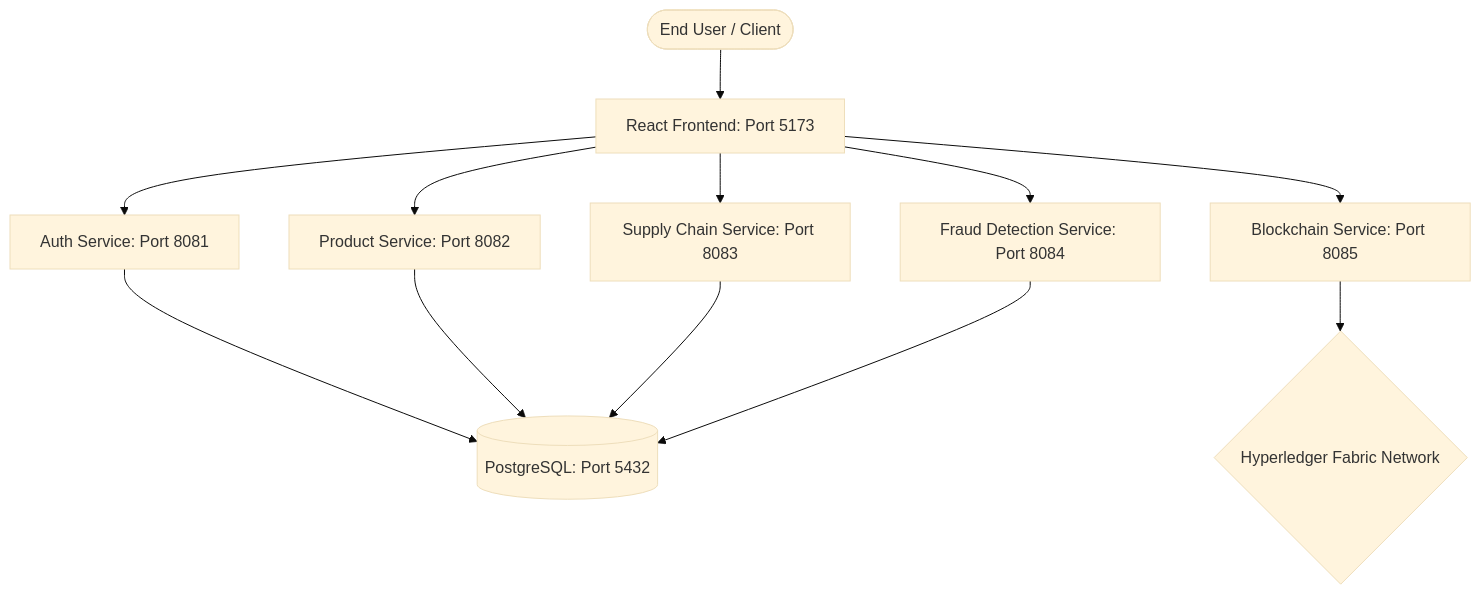
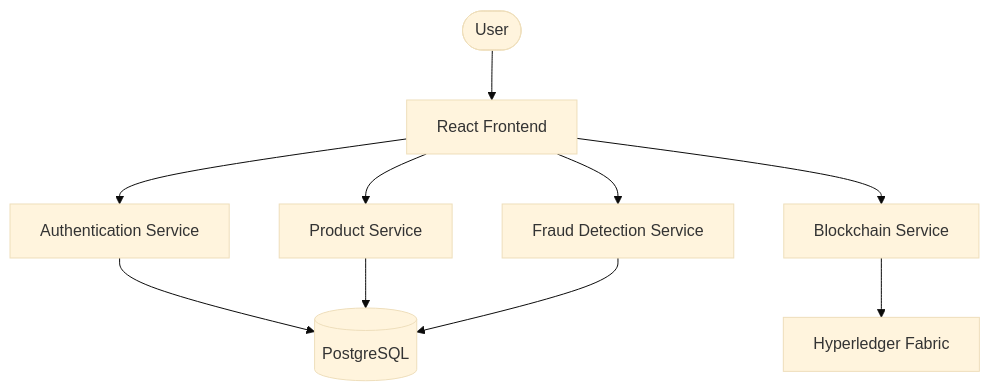
One commit to RishiDargad18/ZeroFake changed the diagram in README.md. Above: the diagram before and after it, drawn with Mermaid (base theme). The commit also changed other lines of this file, not shown here.

````diff
--- a/README.md
+++ b/README.md
@@ -9,16 +9,14 @@
 ```mermaid
 graph TD
-    User([End User / Client]) --> Frontend[React Frontend: Port 5173]
-    Frontend --> AuthSvc[Auth Service: Port 8081]
-    Frontend --> ProdSvc[Product Service: Port 8082]
-    Frontend --> SupplySvc[Supply Chain Service: Port 8083]
-    Frontend --> FraudSvc[Fraud Detection Service: Port 8084]
-    Frontend --> ChainSvc[Blockchain Service: Port 8085]
-    
-    AuthSvc --> DB[(PostgreSQL: Port 5432)]
-    ProdSvc --> DB
-    SupplySvc --> DB
-    FraudSvc --> DB
-    
-    ChainSvc --> HLF{Hyperledger Fabric Network}
+    User([User]) --> Frontend[React Frontend]
+    Frontend --> Auth[Authentication Service]
+    Frontend --> Product[Product Service]
+    Frontend --> Fraud[Fraud Detection Service]
+    Frontend --> Blockchain[Blockchain Service]
+
+    Auth --> PostgreSQL[(PostgreSQL)]
+    Product --> PostgreSQL
+    Fraud --> PostgreSQL
+
+    Blockchain --> Fabric[Hyperledger Fabric]
 ```
````
